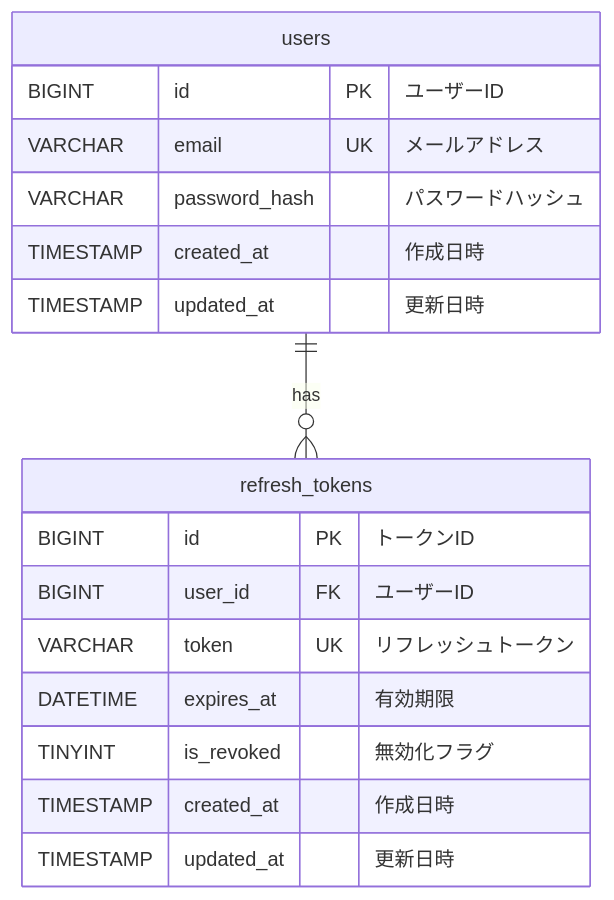
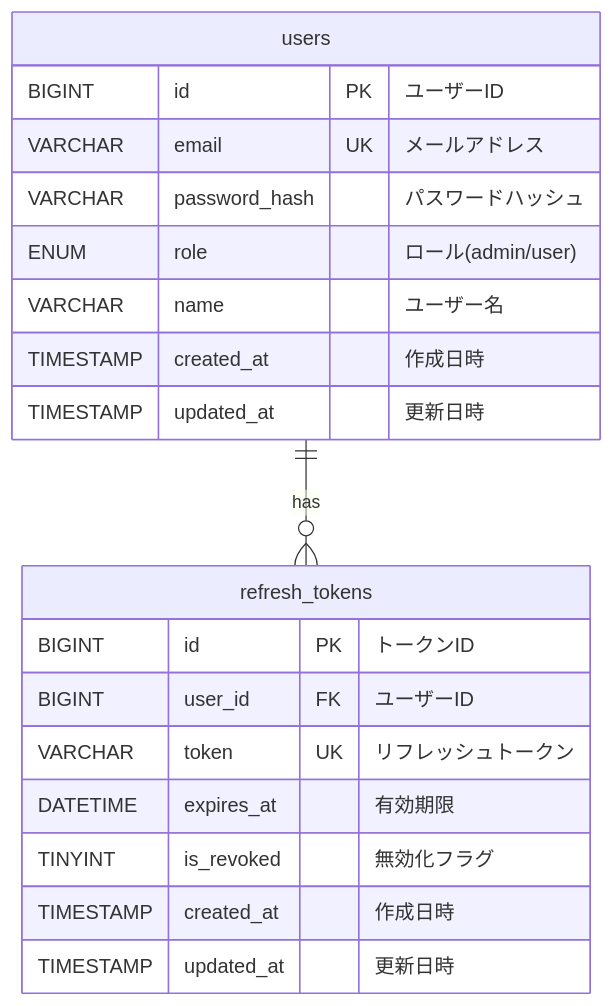
Before and after one commit to TomokiIshimine/fullstack-app-with-claude: the diagram in docs/04_database-design.md, drawn with Mermaid. The commit also changed other lines of this file and 16 other files, not shown here.

````diff
--- a/docs/04_database-design.md
+++ b/docs/04_database-design.md
@@ -38,22 +38,24 @@
 ```mermaid
 erDiagram
     users ||--o{ refresh_tokens : "has"
 
     users {
         BIGINT id PK "ユーザーID"
         VARCHAR email UK "メールアドレス"
         VARCHAR password_hash "パスワードハッシュ"
+        ENUM role "ロール(admin/user)"
+        VARCHAR name "ユーザー名"
         TIMESTAMP created_at "作成日時"
         TIMESTAMP updated_at "更新日時"
     }
 
     refresh_tokens {
         BIGINT id PK "トークンID"
         BIGINT user_id FK "ユーザーID"
         VARCHAR token UK "リフレッシュトークン"
         DATETIME expires_at "有効期限"
         TINYINT is_revoked "無効化フラグ"
         TIMESTAMP created_at "作成日時"
         TIMESTAMP updated_at "更新日時"
     }
 ```
````
